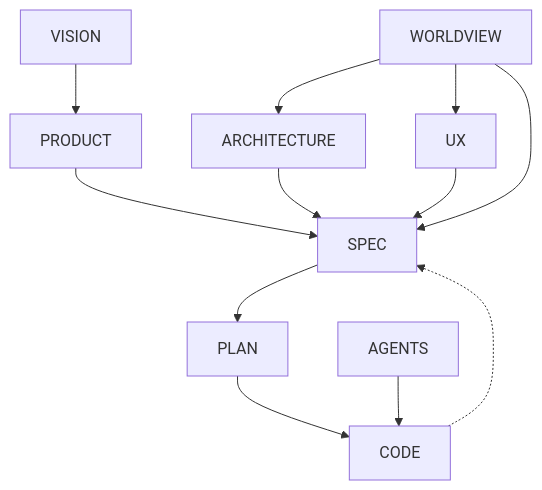
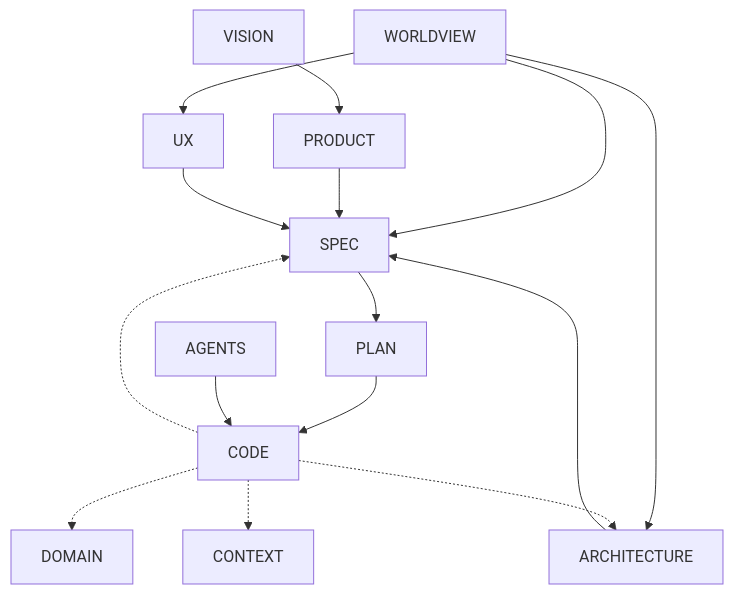
The diagram in docs/CDE.md (symbolicmatter/context-driven-engineering), drawn with Mermaid before and after one commit. The commit also changed other lines of this file, not shown here.

Commit message:
Expanded with context evolution.

````diff
--- a/docs/CDE.md
+++ b/docs/CDE.md
@@ -269,14 +301,18 @@
 ```mermaid
 graph TD
     VISION --> PRODUCT
     WORLDVIEW --> ARCHITECTURE
     WORLDVIEW --> UX
     WORLDVIEW --> SPEC
     PRODUCT --> SPEC
     ARCHITECTURE --> SPEC
     UX --> SPEC
     SPEC --> PLAN
     PLAN --> CODE
     AGENTS --> CODE
+
     CODE -.-> SPEC
+    CODE -.-> DOMAIN
+    CODE -.-> CONTEXT
+    CODE -.-> ARCHITECTURE
 ```
````
